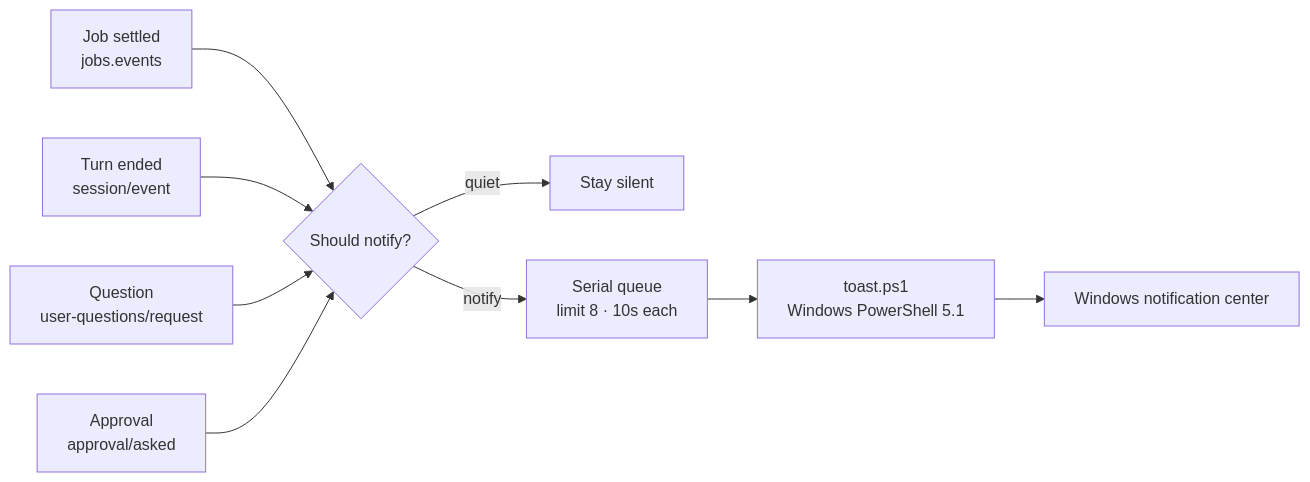
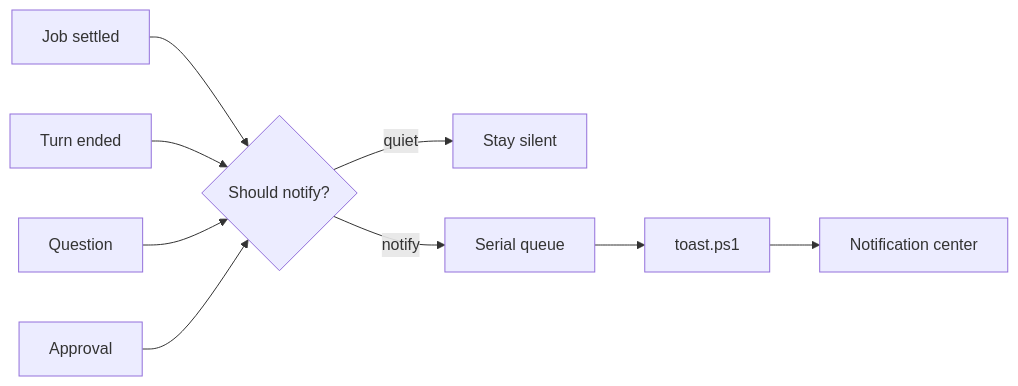
One commit to imnotRiv3r/dsh-job-notify changed the diagram in README.en.md. Above: the diagram before and after it, drawn with Mermaid. The commit also changed 1 other file, not shown here.

Commit message:
docs: simplify mermaid flow to render on GitHub

````diff
--- a/README.en.md
+++ b/README.en.md
@@ -156,11 +156,11 @@
 ```mermaid
-flowchart LR
-  J["Job settled<br/>jobs.events"] --> F{Should notify?}
-  T["Turn ended<br/>session/event"] --> F
-  Q["Question<br/>user-questions/request"] --> F
-  A["Approval<br/>approval/asked"] --> F
-  F -->|quiet| X["Stay silent"]
-  F -->|notify| Q2["Serial queue<br/>limit 8 · 10s each"]
-  Q2 --> P["toast.ps1<br/>Windows PowerShell 5.1"]
-  P --> W["Windows notification center"]
+graph LR
+  J["Job settled"] --> F{"Should notify?"}
+  T["Turn ended"] --> F
+  Q["Question"] --> F
+  A["Approval"] --> F
+  F -->|"quiet"| X["Stay silent"]
+  F -->|"notify"| R["Serial queue"]
+  R --> P["toast.ps1"]
+  P --> W["Notification center"]
 ```
````
